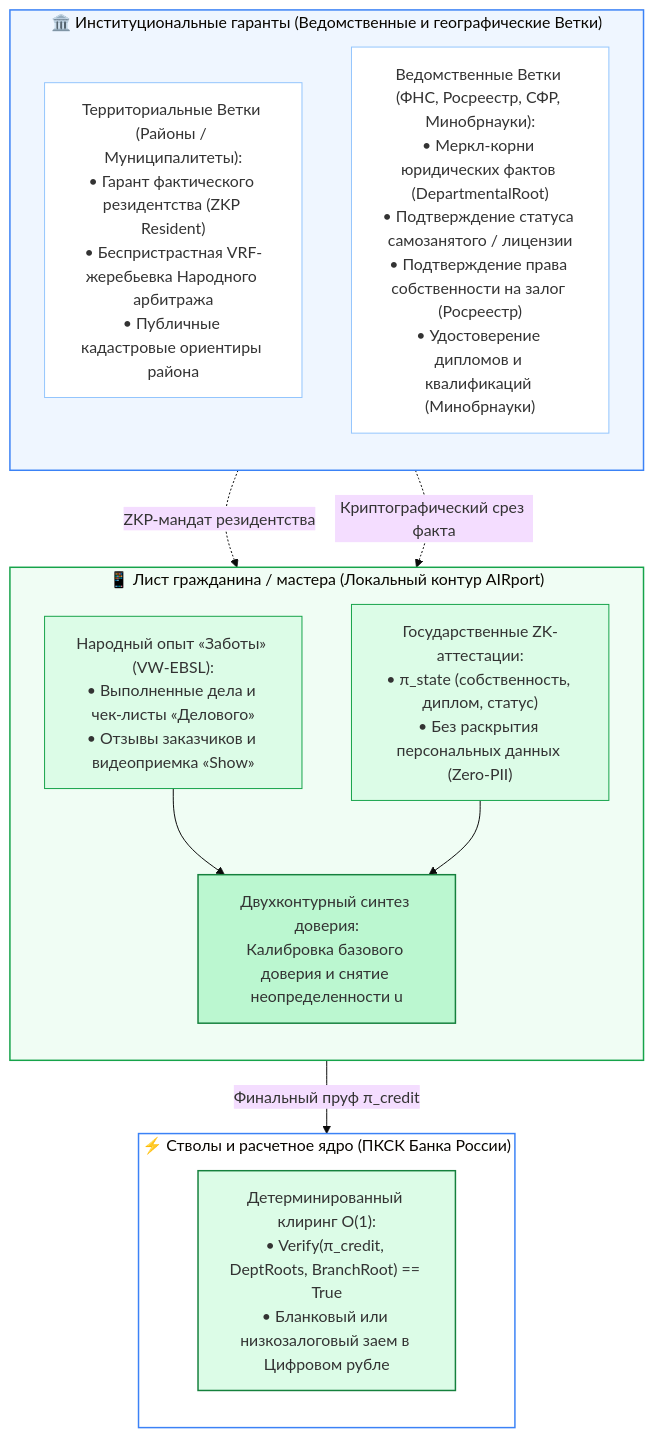
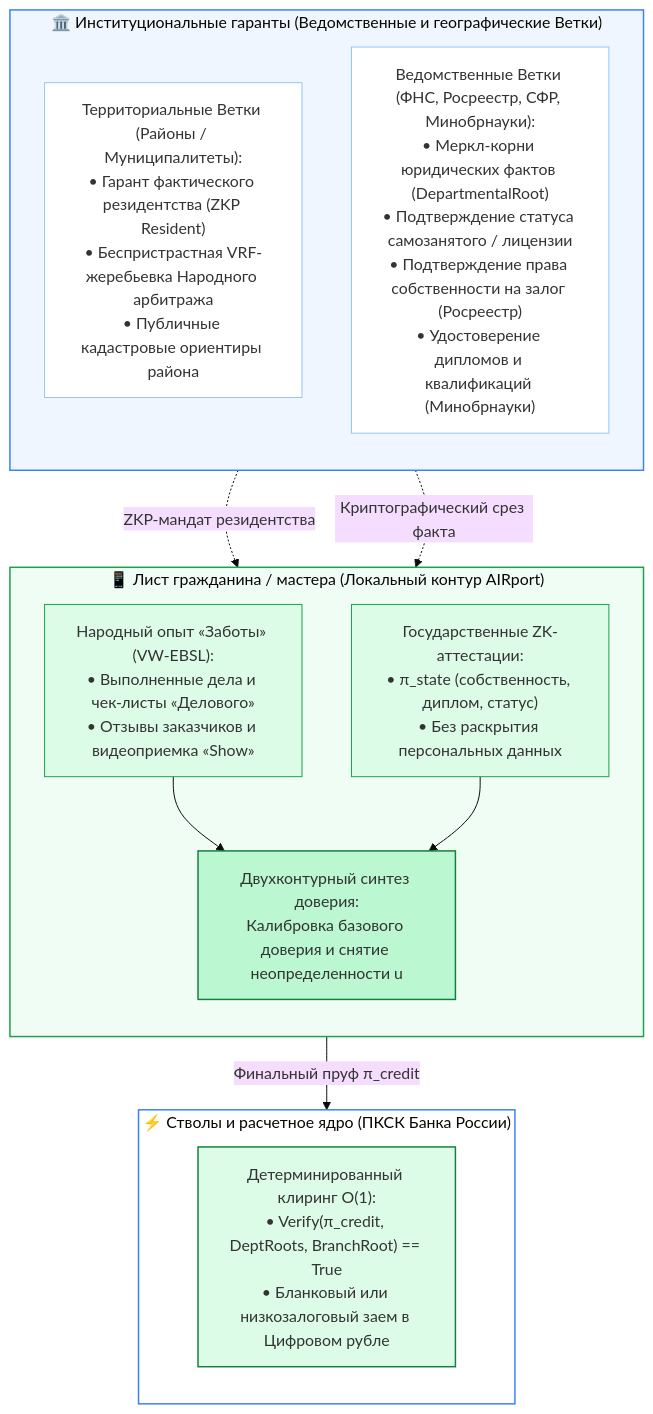
Before and after one commit to Data-Independence-Network/presentations: the second of 17 diagrams in shared_docs/whitepapers/applications/sapoto/Sapoto_Reputation_and_Credit_System_Specification.md, drawn with Mermaid (base theme). The commit also changed other lines of this file and 10 other files, not shown here.

````diff
--- a/shared_docs/whitepapers/applications/sapoto/Sapoto_Reputation_and_Credit_System_Specification.md
+++ b/shared_docs/whitepapers/applications/sapoto/Sapoto_Reputation_and_Credit_System_Specification.md
@@ -275,36 +281,36 @@
 ```mermaid
 graph TD
     subgraph StateBranches ["🏛️ Институциональные гаранты (Ведомственные и географические Ветки)"]
         direction TB
         GeoBranch["Территориальные Ветки (Районы / Муниципалитеты):<br/>• Гарант фактического резидентства (ZKP Resident)<br/>• Беспристрастная VRF-жеребьевка Народного арбитража<br/>• Публичные кадастровые ориентиры района"]
         DeptBranch["Ведомственные Ветки (ФНС, Росреестр, СФР, Минобрнауки):<br/>• Меркл-корни юридических фактов (DepartmentalRoot)<br/>• Подтверждение статуса самозанятого / лицензии<br/>• Подтверждение права собственности на залог (Росреестр)<br/>• Удостоверение дипломов и квалификаций (Минобрнауки)"]
     end
 
     subgraph ClientLeaf ["📱 Лист гражданина / мастера (Локальный контур AIRport)"]
         direction TB
         EBSL["Народный опыт «Заботы» (VW-EBSL):<br/>• Выполненные дела и чек-листы «Делового»<br/>• Отзывы заказчиков и видеоприемка «Show»"]
-        StateAttest["Государственные ZK-аттестации:<br/>• π_state (собственность, диплом, статус)<br/>• Без раскрытия персональных данных (Zero-PII)"]
+        StateAttest["Государственные ZK-аттестации:<br/>• π_state (собственность, диплом, статус)<br/>• Без раскрытия персональных данных"]
         HybridSynth["Двухконтурный синтез доверия:<br/>Калибровка базового доверия и снятие неопределенности u"]
         EBSL --> HybridSynth
         StateAttest --> HybridSynth
     end
 
     subgraph CorePlatform ["⚡ Стволы и расчетное ядро (ПКСК Банка России)"]
         direction TB
         FSM["Детерминированный клиринг O(1):<br/>• Verify(π_credit, DeptRoots, BranchRoot) == True<br/>• Бланковый или низкозалоговый заем в Цифровом рубле"]
     end
 
     GeoBranch -.->|ZKP-мандат резидентства| StateAttest
     DeptBranch -.->|Криптографический срез факта| StateAttest
     HybridSynth -->|Финальный пруф π_credit| FSM
 
     style StateBranches fill:#eff6ff,stroke:#3b82f6,stroke-width:1.5px
     style GeoBranch fill:#ffffff,stroke:#93c5fd,stroke-width:1px
     style DeptBranch fill:#ffffff,stroke:#93c5fd,stroke-width:1px
     style ClientLeaf fill:#f0fdf4,stroke:#16a34a,stroke-width:1.5px
     style EBSL fill:#dcfce7,stroke:#16a34a,stroke-width:1px
     style StateAttest fill:#dcfce7,stroke:#16a34a,stroke-width:1px
     style HybridSynth fill:#bbf7d0,stroke:#15803d,stroke-width:1.5px
     style CorePlatform fill:#ffffff,stroke:#3b82f6,stroke-width:1.5px
     style FSM fill:#dcfce7,stroke:#15803d,stroke-width:1.5px
 ```
````
